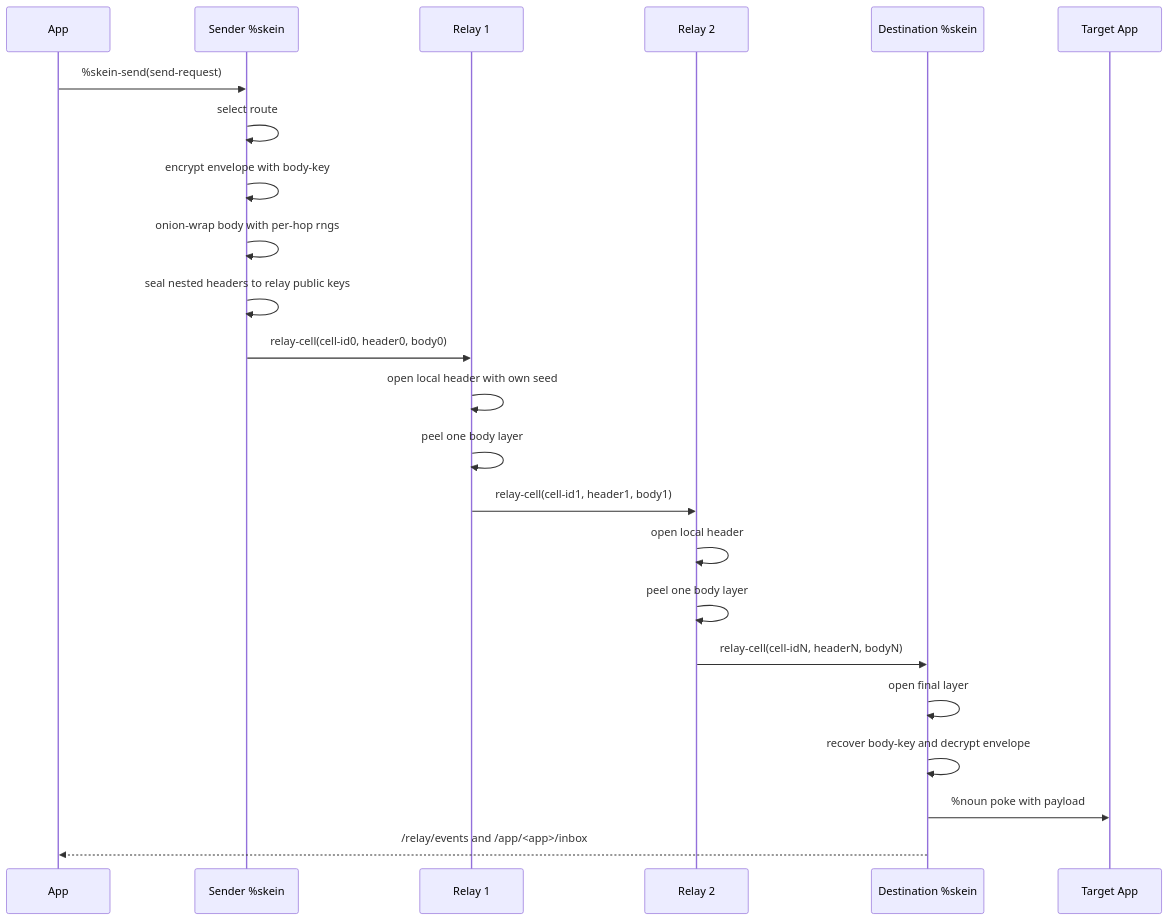
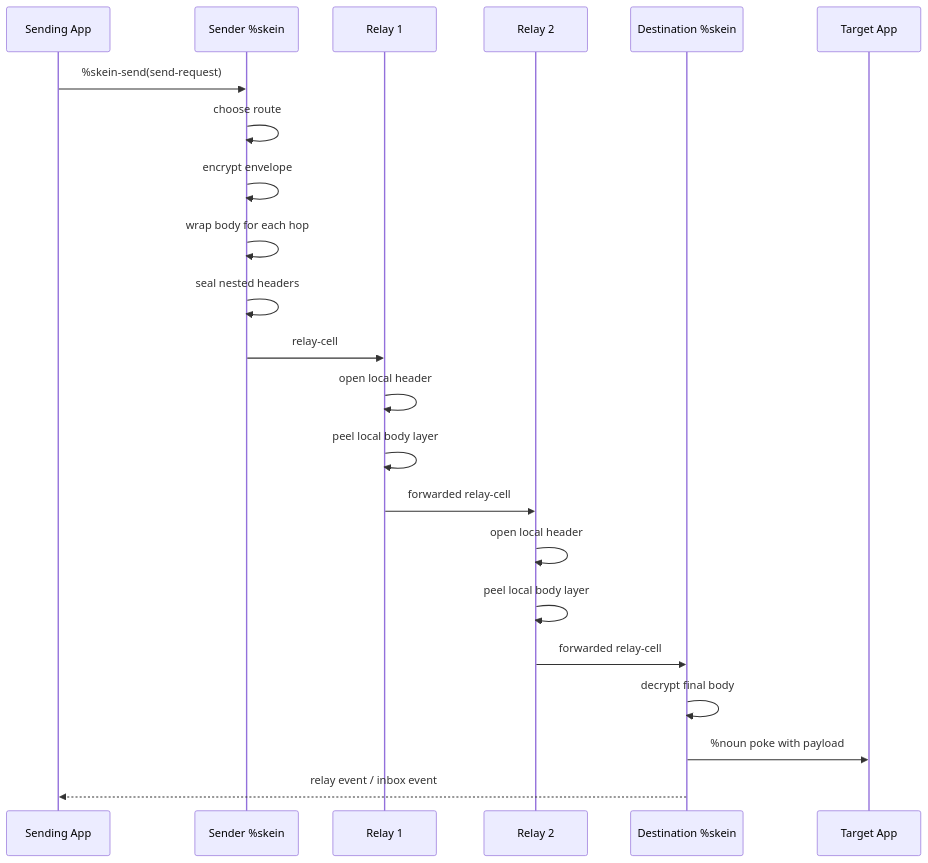
One commit to yapishu/skein changed the diagram in README.md. Above: the diagram before and after it, drawn with Mermaid. The commit also changed other lines of this file, not shown here.

````diff
--- a/README.md
+++ b/README.md
@@ -50,26 +75,25 @@
 ```mermaid
 sequenceDiagram
-    participant A as App
+    participant A as Sending App
     participant S as Sender %skein
     participant R1 as Relay 1
     participant R2 as Relay 2
     participant D as Destination %skein
     participant T as Target App
 
     A->>S: %skein-send(send-request)
-    S->>S: select route
-    S->>S: encrypt envelope with body-key
-    S->>S: onion-wrap body with per-hop rngs
-    S->>S: seal nested headers to relay public keys
-    S->>R1: relay-cell(cell-id0, header0, body0)
-    R1->>R1: open local header with own seed
-    R1->>R1: peel one body layer
-    R1->>R2: relay-cell(cell-id1, header1, body1)
+    S->>S: choose route
+    S->>S: encrypt envelope
+    S->>S: wrap body for each hop
+    S->>S: seal nested headers
+    S->>R1: relay-cell
+    R1->>R1: open local header
+    R1->>R1: peel local body layer
+    R1->>R2: forwarded relay-cell
     R2->>R2: open local header
-    R2->>R2: peel one body layer
-    R2->>D: relay-cell(cell-idN, headerN, bodyN)
-    D->>D: open final layer
-    D->>D: recover body-key and decrypt envelope
+    R2->>R2: peel local body layer
+    R2->>D: forwarded relay-cell
+    D->>D: decrypt final body
     D->>T: %noun poke with payload
-    D-->>A: /relay/events and /app/<app>/inbox
+    D-->>A: relay event / inbox event
 ```
````
